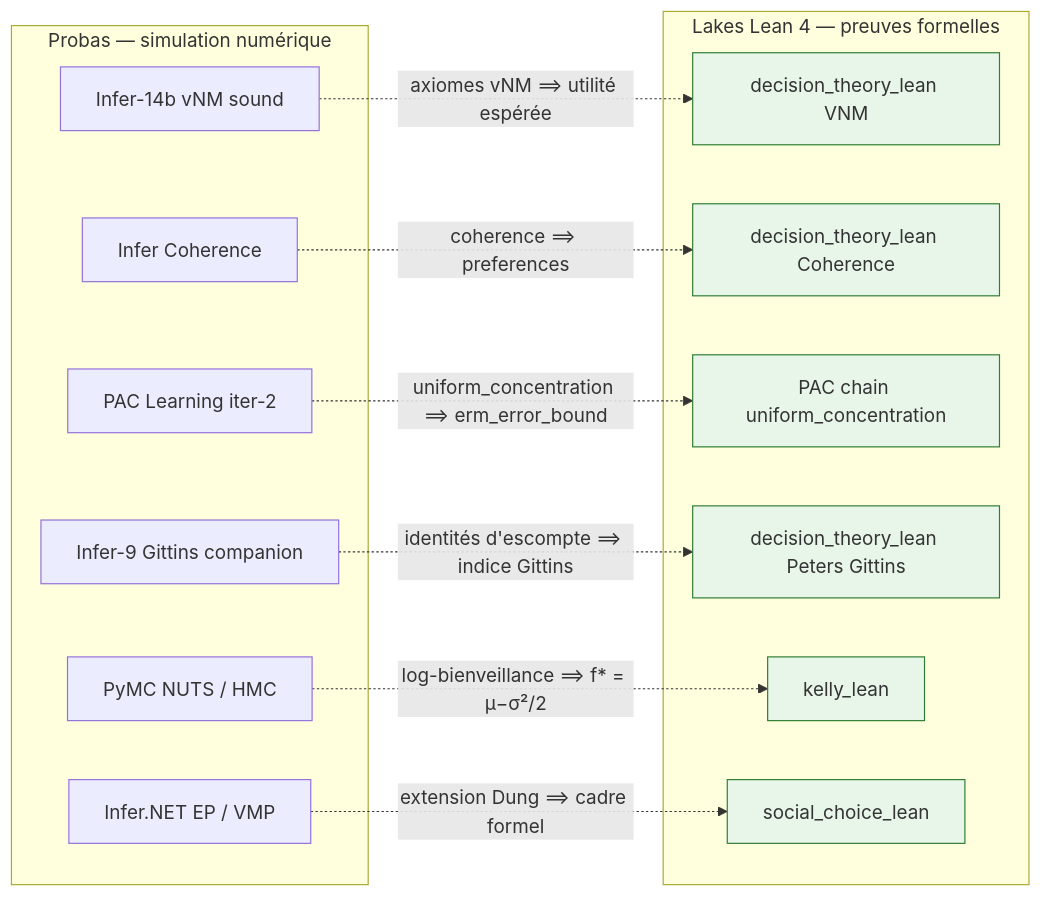
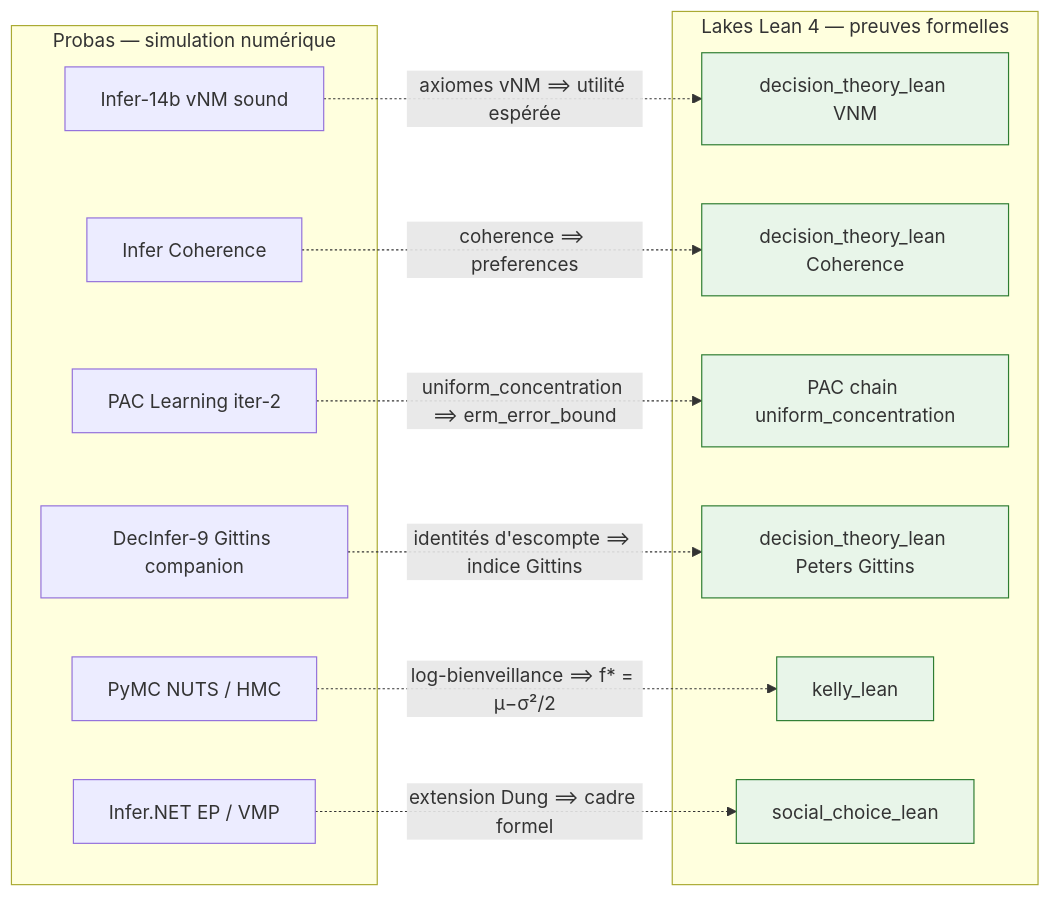
Before and after one commit to jsboige/CoursIA: the third of 3 diagrams in MyIA.AI.Notebooks/Probas/README.md, drawn with Mermaid. The commit also changed other lines of this file and 11 other files, not shown here.

````diff
--- a/MyIA.AI.Notebooks/Probas/README.md
+++ b/MyIA.AI.Notebooks/Probas/README.md
@@ -567,31 +569,31 @@
 ```mermaid
 flowchart LR
     subgraph SIM["Probas — simulation numérique"]
         NB_DT["Infer-14b vNM sound"]
         NB_CO["Infer Coherence"]
-        NB_GIT["Infer-9 Gittins companion"]
+        NB_GIT["DecInfer-9 Gittins companion"]
         NB_PAC["PAC Learning iter-2"]
         NB_MCMC["PyMC NUTS / HMC"]
         NB_EP["Infer.NET EP / VMP"]
     end
     subgraph LEAN["Lakes Lean 4 — preuves formelles"]
         LK_DT["decision_theory_lean VNM"]
         LK_CO["decision_theory_lean Coherence"]
         LK_PAC["PAC chain uniform_concentration"]
         LK_GIT["decision_theory_lean Peters Gittins"]
         LK_KELLY["kelly_lean"]
         LK_SC["social_choice_lean"]
     end
     NB_DT -. "axiomes vNM ⟹ utilité espérée" .-> LK_DT
     NB_CO -. "coherence ⟹ preferences" .-> LK_CO
     NB_PAC -. "uniform_concentration ⟹ erm_error_bound" .-> LK_PAC
     NB_GIT -. "identités d'escompte ⟹ indice Gittins" .-> LK_GIT
     NB_MCMC -. "log-bienveillance ⟹ f* = μ−σ²/2" .-> LK_KELLY
     NB_EP -. "extension Dung ⟹ cadre formel" .-> LK_SC
     style LK_DT fill:#e8f5e9,stroke:#2e7d32
     style LK_CO fill:#e8f5e9,stroke:#2e7d32
     style LK_PAC fill:#e8f5e9,stroke:#2e7d32
     style LK_GIT fill:#e8f5e9,stroke:#2e7d32
     style LK_KELLY fill:#e8f5e9,stroke:#2e7d32
     style LK_SC fill:#e8f5e9,stroke:#2e7d32
 ```
````
